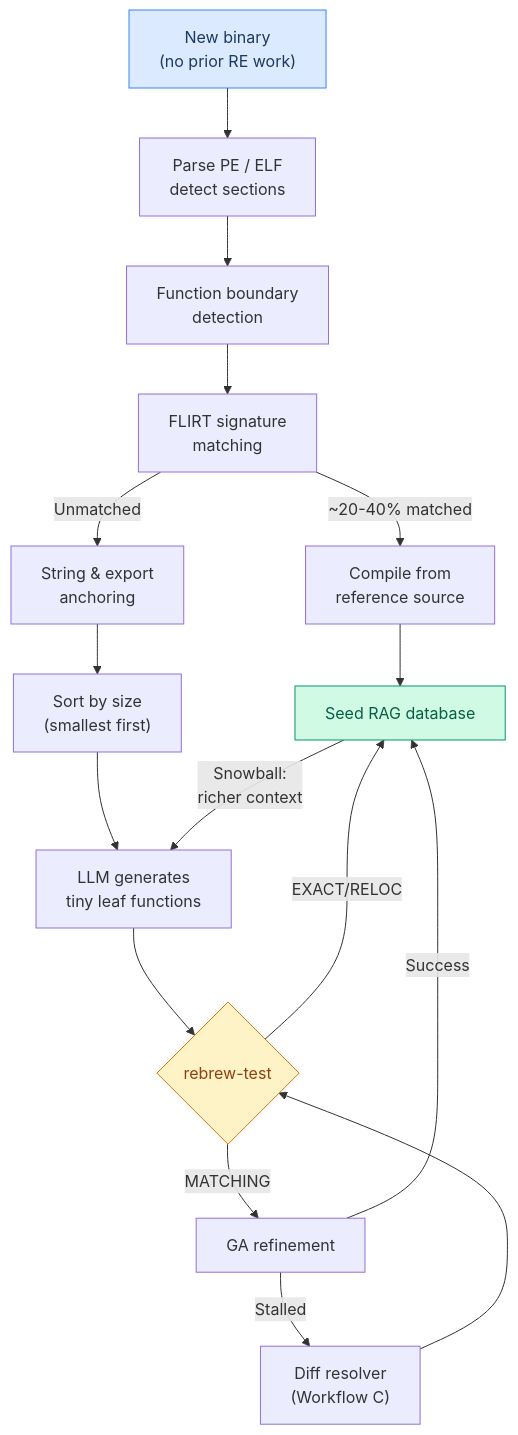
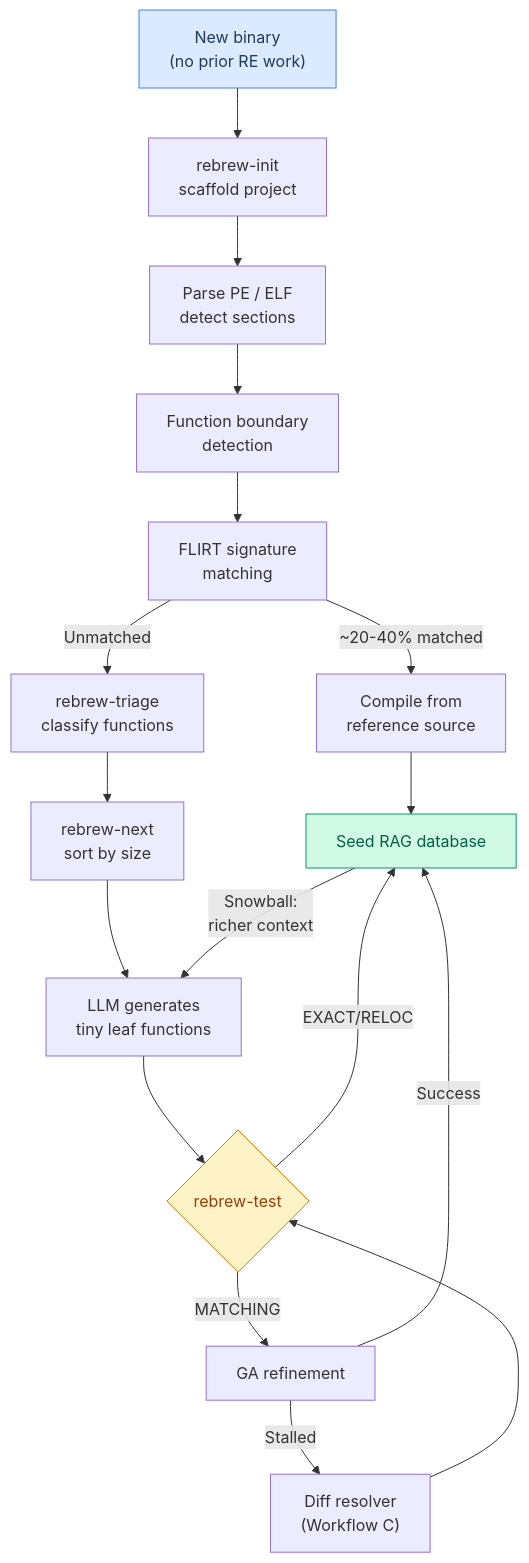
One commit to maci0/rebrew changed the tenth of 16 diagrams in docs/USER_STORIES.md. Above: the diagram before and after it, drawn with Mermaid. The commit also changed other lines of this file and 10 other files, not shown here.

````diff
--- a/docs/USER_STORIES.md
+++ b/docs/USER_STORIES.md
@@ -318,22 +331,23 @@
 ```mermaid
 graph TD
-    A["New binary<br/>(no prior RE work)"] --> B["Parse PE / ELF<br/>detect sections"]
+    A["New binary<br/>(no prior RE work)"] --> Init["rebrew-init<br/>scaffold project"]
+    Init --> B["Parse PE / ELF<br/>detect sections"]
     B --> C["Function boundary<br/>detection"]
     C --> D["FLIRT signature<br/>matching"]
     D -->|"~20-40% matched"| E["Compile from<br/>reference source"]
-    D -->|"Unmatched"| F["String & export<br/>anchoring"]
+    D -->|"Unmatched"| F["rebrew-triage<br/>classify functions"]
     E --> G["Seed RAG database"]
-    F --> H["Sort by size<br/>(smallest first)"]
+    F --> H["rebrew-next<br/>sort by size"]
     H --> I["LLM generates<br/>tiny leaf functions"]
     I --> J{"rebrew-test"}
     J -->|"EXACT/RELOC"| G
     J -->|"MATCHING"| K["GA refinement"]
     K -->|Success| G
     K -->|Stalled| L["Diff resolver<br/>(Workflow C)"]
     L --> J
     G -->|"Snowball:<br/>richer context"| I
 
     style A fill:#dbeafe,stroke:#3b82f6,color:#1e3a5f
     style G fill:#d1fae5,stroke:#059669,color:#065f46
     style J fill:#fef3c7,stroke:#d97706,color:#92400e
 ```
````
